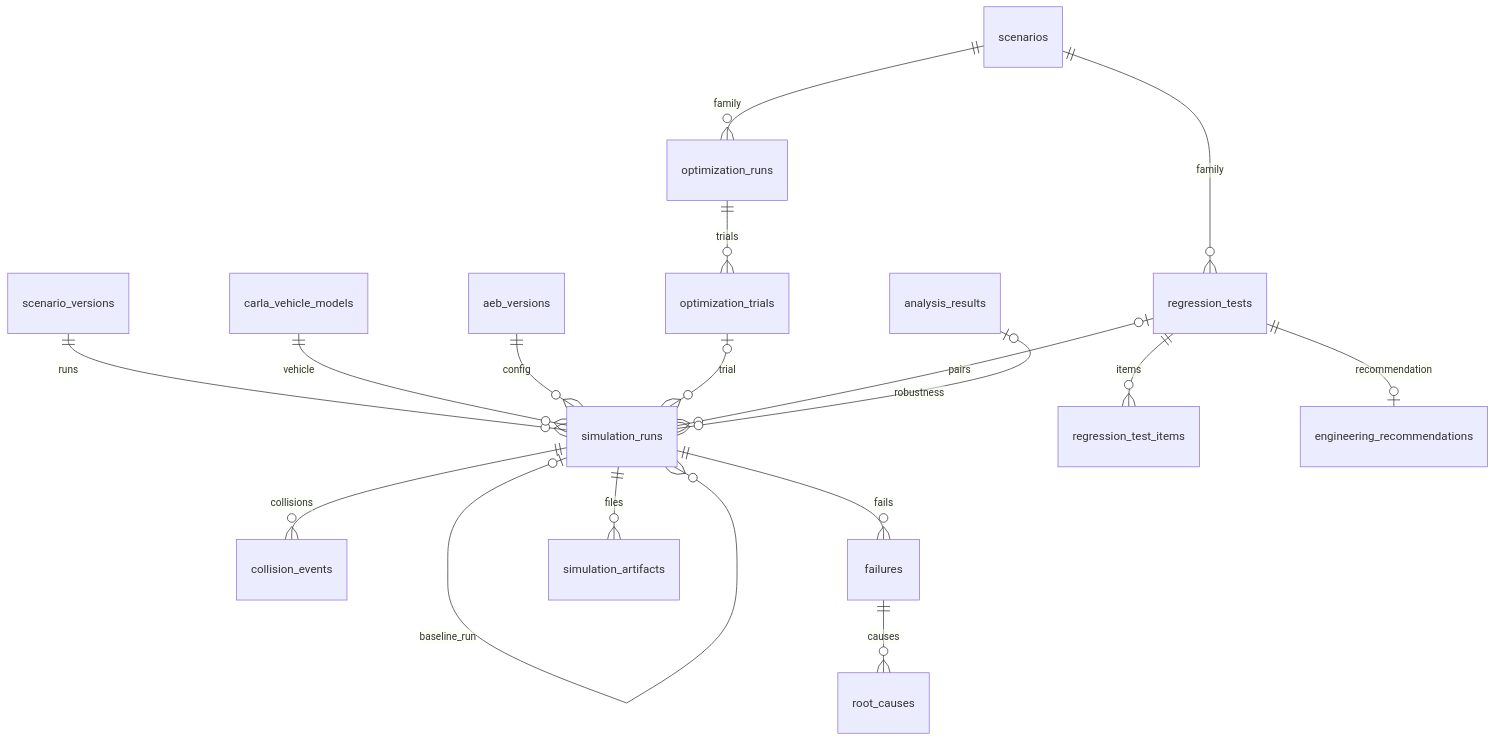
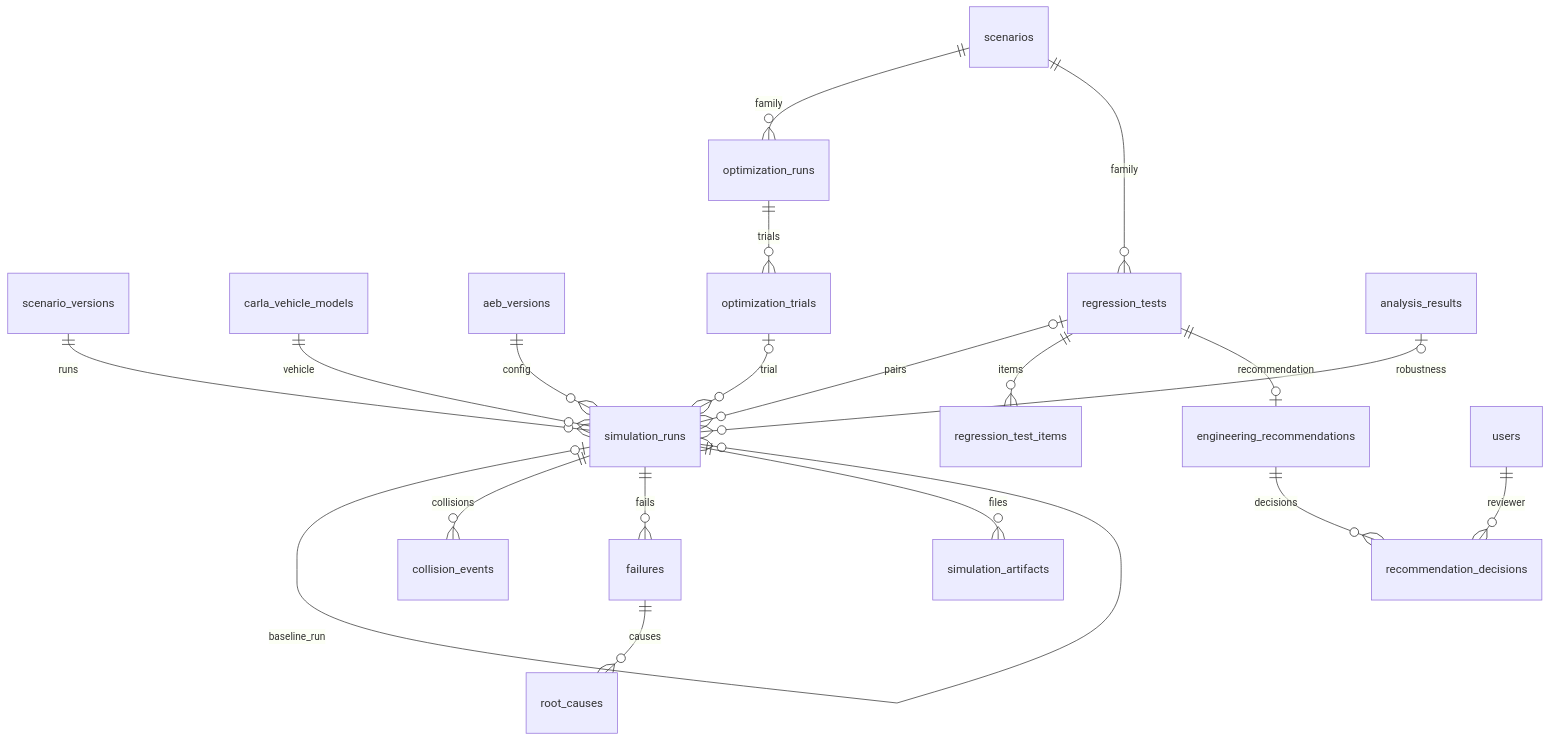
One commit to Menakanchi/SEP490-FA26-G15 changed the second of 2 diagrams in docs/vehicsim/database-schema.md. Above: the diagram before and after it, drawn with Mermaid. The commit also changed other lines of this file and 68 other files, not shown here.

First line of the commit message:
feat(reviewer): scope reviews and retain decisions

````diff
--- a/docs/vehicsim/database-schema.md
+++ b/docs/vehicsim/database-schema.md
@@ -209,19 +210,21 @@
 ```mermaid
 erDiagram
     scenario_versions ||--o{ simulation_runs : runs
     carla_vehicle_models ||--o{ simulation_runs : vehicle
     aeb_versions ||--o{ simulation_runs : config
     simulation_runs |o--o{ simulation_runs : baseline_run
     simulation_runs ||--o{ collision_events : collisions
     simulation_runs ||--o{ failures : fails
     failures ||--o{ root_causes : causes
     simulation_runs ||--o{ simulation_artifacts : files
     scenarios ||--o{ optimization_runs : family
     optimization_runs ||--o{ optimization_trials : trials
     optimization_trials |o--o{ simulation_runs : trial
     scenarios ||--o{ regression_tests : family
     regression_tests |o--o{ simulation_runs : pairs
     regression_tests ||--o{ regression_test_items : items
     regression_tests ||--o| engineering_recommendations : recommendation
+    engineering_recommendations ||--o{ recommendation_decisions : decisions
+    users ||--o{ recommendation_decisions : reviewer
     analysis_results |o--o{ simulation_runs : robustness
 ```
````
